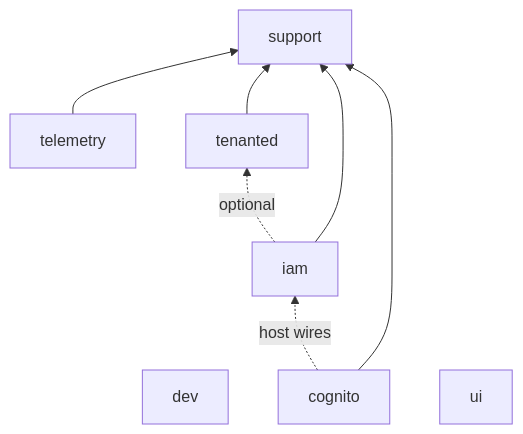
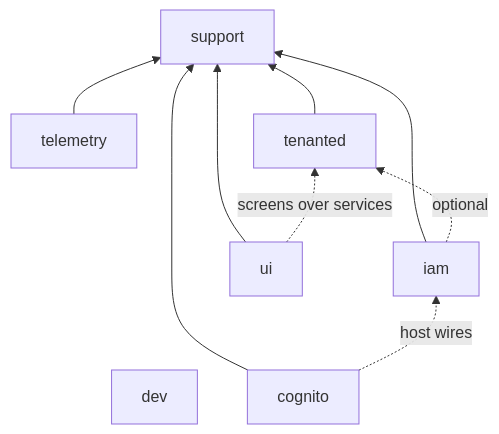
Before and after one commit to cnfs-io/partitia: the diagram in ARCHITECTURE.md, drawn with Mermaid. The commit also changed other lines of this file and 2 other files, not shown here.

First line of the commit message:
ROADMAP, ARCHITECTURE §8, DIAGRAMS: ADR 0008 (headless core, partitia-ui owns screens and the shell, navigation registry in support, design tokens); headless cleanup after the pause; D9 starts with a spike

````diff
--- a/ARCHITECTURE.md
+++ b/ARCHITECTURE.md
@@ -21,12 +21,13 @@
 ```mermaid
 graph BT
   support
   dev
   telemetry --> support
   tenanted --> support
   iam --> support
   cognito --> support
-  ui
+  ui --> support
+  ui -. screens over services .-> tenanted
   iam -. optional .-> tenanted
   cognito -. host wires .-> iam
 ```
````
